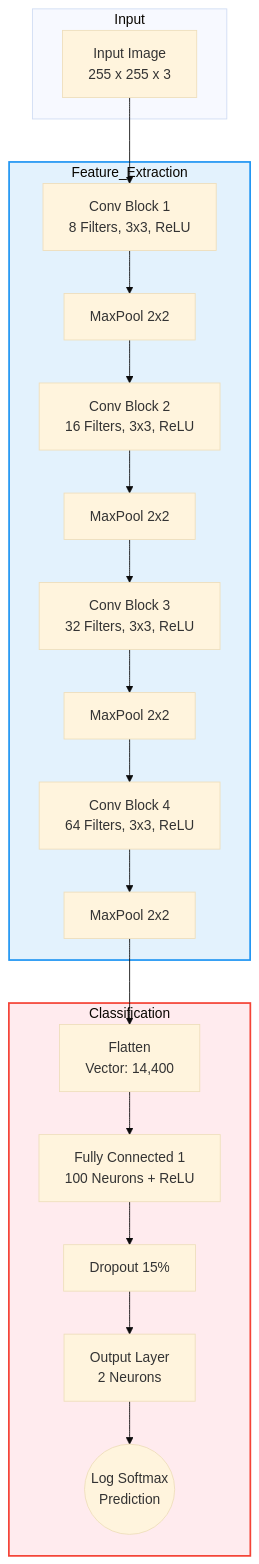
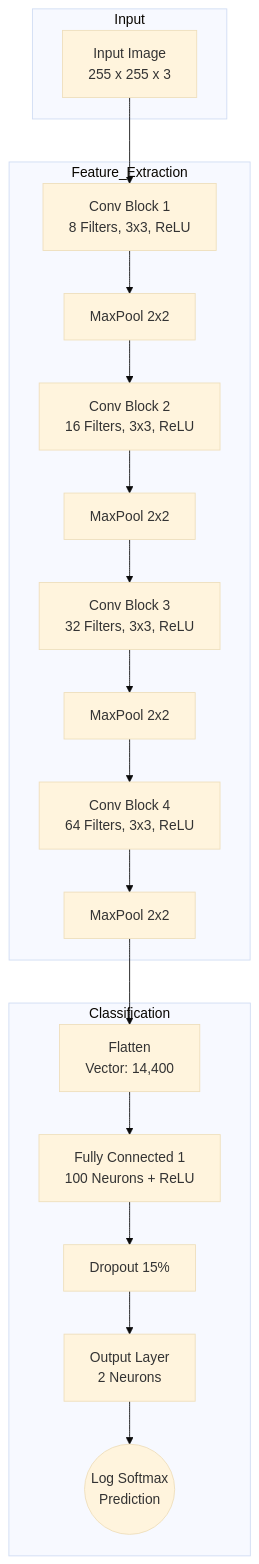
One commit to udit400/retinopathy-ai changed the third of 5 diagrams in render.md. Above: the diagram before and after it, drawn with Mermaid (base theme). The commit also changed other lines of this file, not shown here.

First line of the commit message:
Refactor flowcharts in render.md for clarity

````diff
--- a/render.md
+++ b/render.md
@@ -120,30 +116,27 @@
 ```mermaid
 graph TD
     subgraph Input
     In[Input Image<br/>255 x 255 x 3]
     end
 
     subgraph Feature_Extraction
     C1[Conv Block 1<br/>8 Filters, 3x3, ReLU] --> P1[MaxPool 2x2]
     P1 --> C2[Conv Block 2<br/>16 Filters, 3x3, ReLU]
     C2 --> P2[MaxPool 2x2]
     P2 --> C3[Conv Block 3<br/>32 Filters, 3x3, ReLU]
     C3 --> P3[MaxPool 2x2]
     P3 --> C4[Conv Block 4<br/>64 Filters, 3x3, ReLU]
     C4 --> P4[MaxPool 2x2]
     end
 
     subgraph Classification
     P4 --> F[Flatten<br/>Vector: 14,400]
     F --> FC1[Fully Connected 1<br/>100 Neurons + ReLU]
     FC1 --> DO[Dropout 15%]
     DO --> FC2[Output Layer<br/>2 Neurons]
     FC2 --> Out((Log Softmax<br/>Prediction))
     end
 
     In --> C1
-    
-    style Feature_Extraction fill:#e3f2fd,stroke:#2196f3,stroke-width:2px
-    style Classification fill:#ffebee,stroke:#f44336,stroke-width:2px
 
 ```
````
